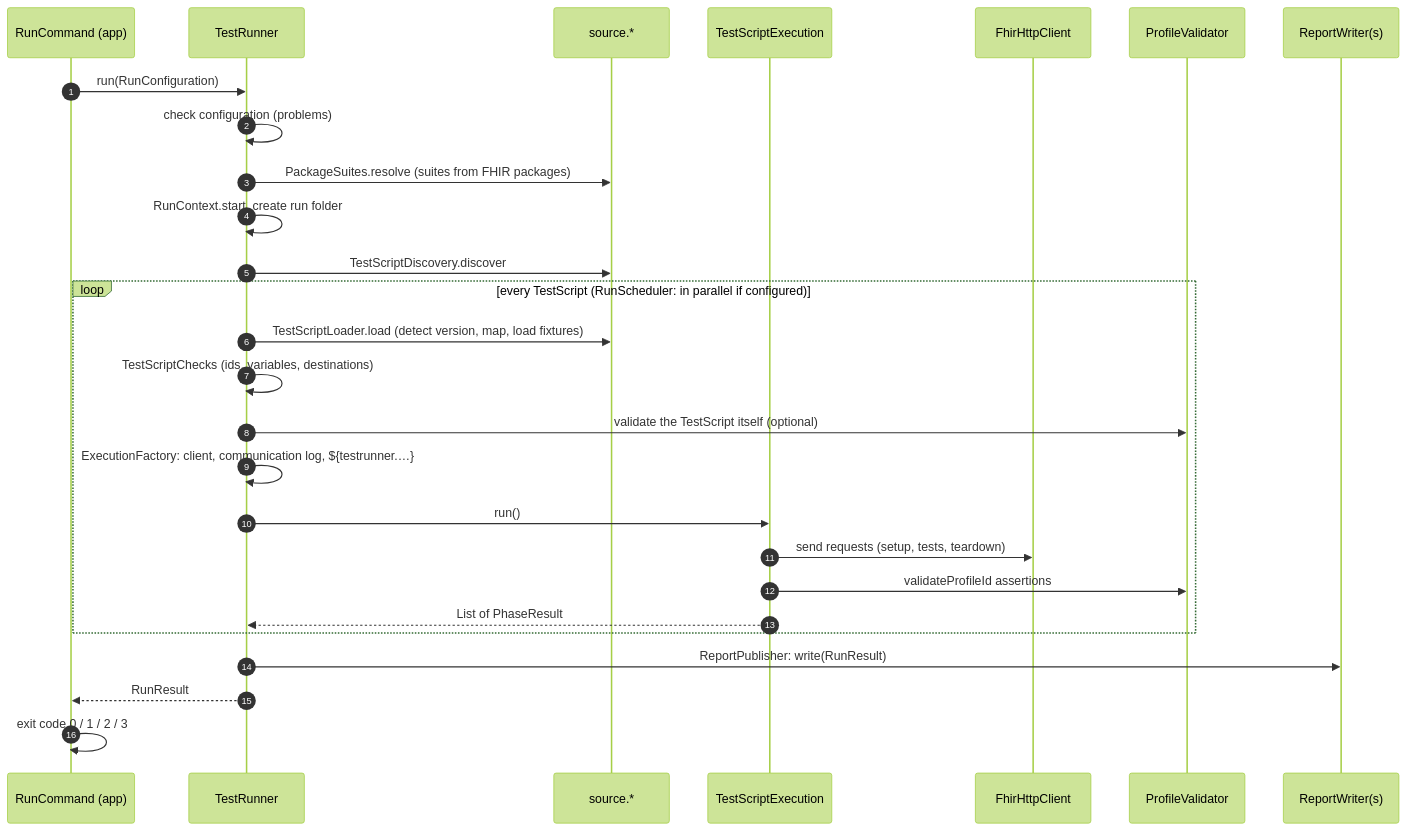
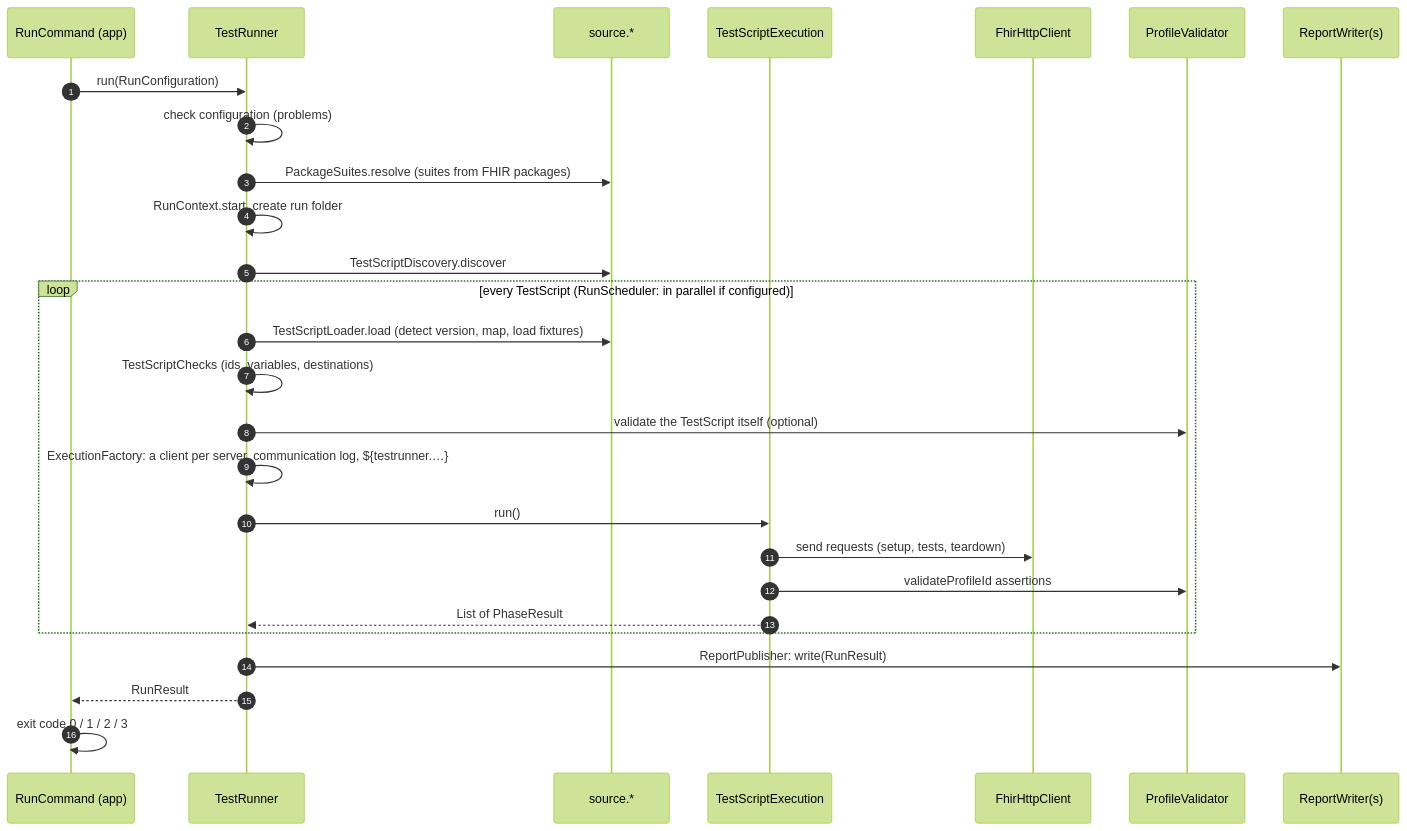
The first of 5 diagrams in docs/wiki/run-lifecycle.md (mratzenb/FHIR-TestRunner), drawn with Mermaid (forest theme) before and after one commit. The commit also changed other lines of this file and 60 other files, not shown here.

````diff
--- a/docs/wiki/run-lifecycle.md
+++ b/docs/wiki/run-lifecycle.md
@@ -9,30 +9,30 @@
 ```mermaid
 sequenceDiagram
     autonumber
     participant App as RunCommand (app)
     participant TR as TestRunner
     participant Src as source.*
     participant Ex as TestScriptExecution
     participant Http as FhirHttpClient
     participant Val as ProfileValidator
     participant Rep as ReportWriter(s)
 
     App->>TR: run(RunConfiguration)
     TR->>TR: check configuration (problems)
     TR->>Src: PackageSuites.resolve (suites from FHIR packages)
     TR->>TR: RunContext.start, create run folder
     TR->>Src: TestScriptDiscovery.discover
     loop every TestScript (RunScheduler: in parallel if configured)
         TR->>Src: TestScriptLoader.load (detect version, map, load fixtures)
         TR->>TR: TestScriptChecks (ids, variables, destinations)
         TR->>Val: validate the TestScript itself (optional)
-        TR->>TR: ExecutionFactory: client, communication log, ${testrunner.…}
+        TR->>TR: ExecutionFactory: a client per server, communication log, ${testrunner.…}
         TR->>Ex: run()
         Ex->>Http: send requests (setup, tests, teardown)
         Ex->>Val: validateProfileId assertions
         Ex-->>TR: List of PhaseResult
     end
     TR->>Rep: ReportPublisher: write(RunResult)
     TR-->>App: RunResult
     App->>App: exit code 0 / 1 / 2 / 3
 ```
````
